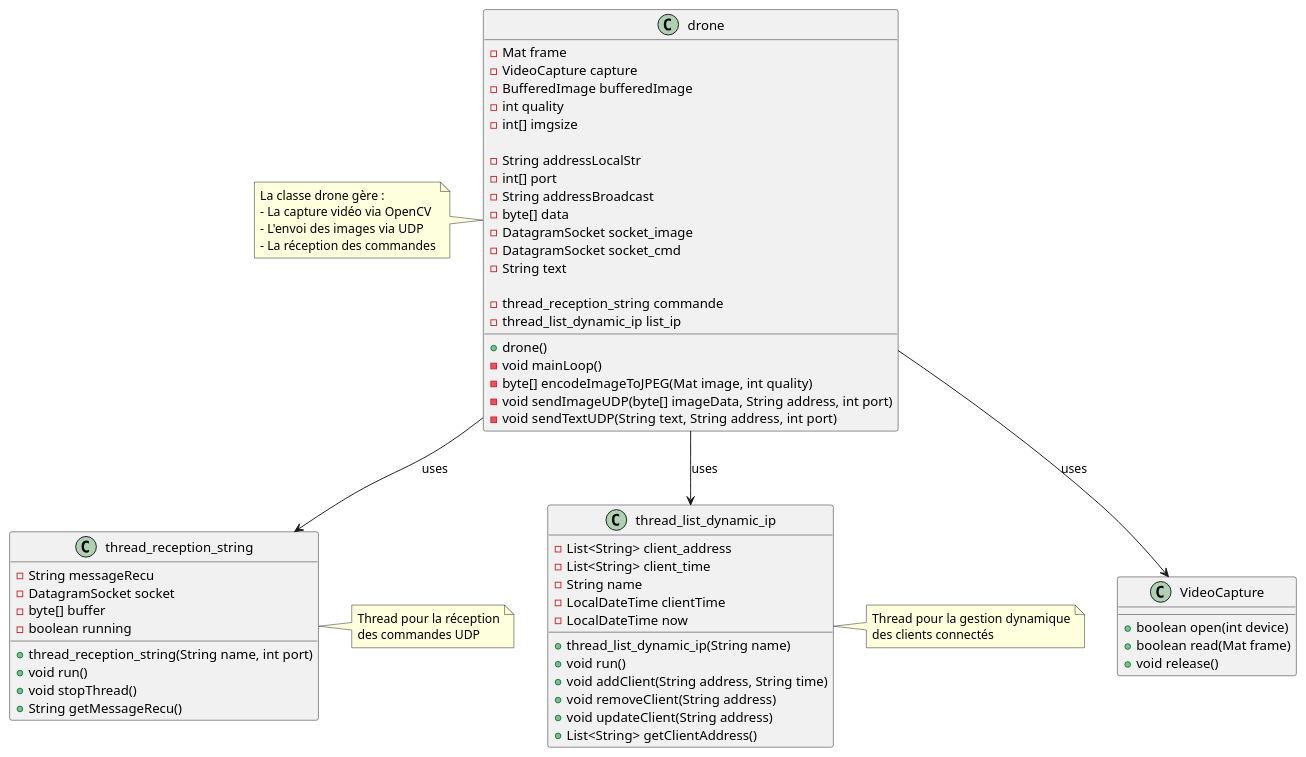
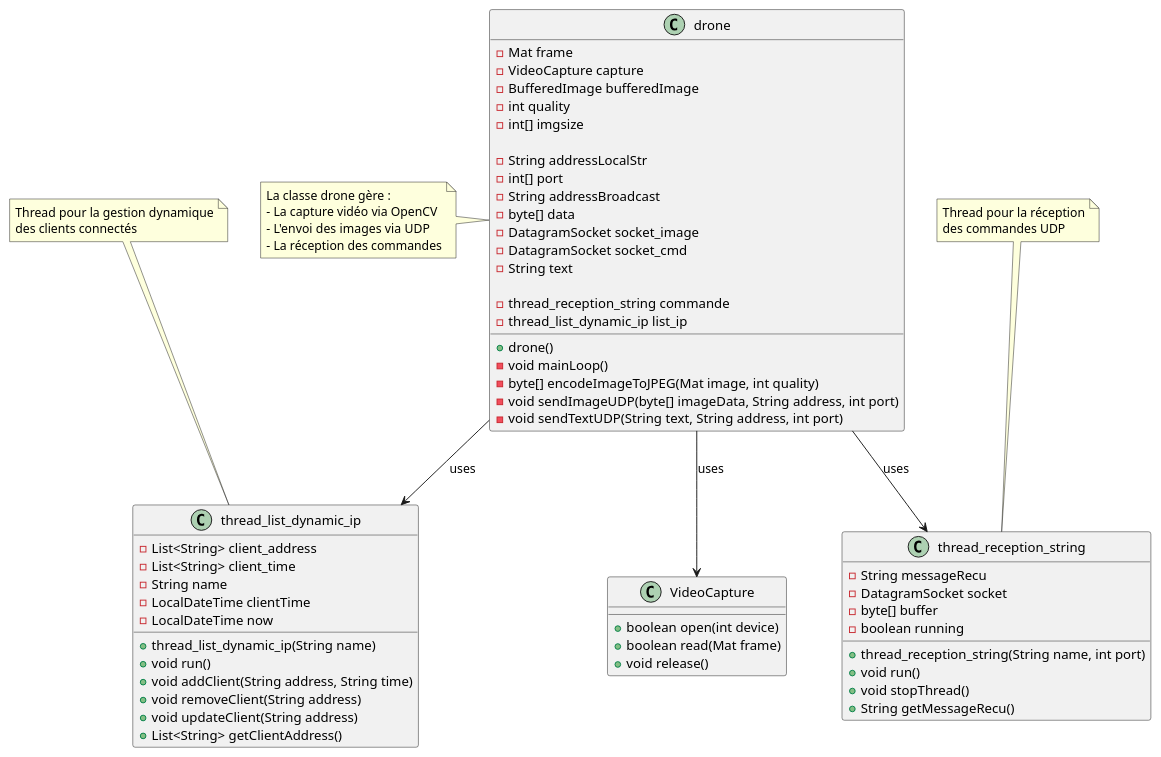
Before and after one commit to MIAOU2922/Projet_2025: the diagram in version_full_v3/drone_image_full/class_drone.plantuml, drawn with PlantUML. The commit also changed 9 other files, not shown here.

```diff
--- a/version_full_v3/drone_image_full/class_drone.plantuml
+++ b/version_full_v3/drone_image_full/class_drone.plantuml
@@ -1,87 +1,87 @@
 @startuml drone_video_class
 
 class drone {
     ' Attributs vidéo
     -Mat frame
     -VideoCapture capture
     -BufferedImage bufferedImage
     -int quality
     -int[] imgsize
     
     ' Attributs réseau
     -String addressLocalStr
     -int[] port
     -String addressBroadcast 
     -byte[] data
     -DatagramSocket socket_image
     -DatagramSocket socket_cmd
     -String text
 
     ' Threads
     -thread_reception_string commande
     -thread_list_dynamic_ip list_ip
 
     ' Méthodes 
     +drone()
     -void mainLoop()
     -byte[] encodeImageToJPEG(Mat image, int quality) 
     -void sendImageUDP(byte[] imageData, String address, int port)
     -void sendTextUDP(String text, String address, int port)
 }
 
 class thread_reception_string {
     -String messageRecu
     -DatagramSocket socket
     -byte[] buffer
     -boolean running
     
     +thread_reception_string(String name, int port)
     +void run()
     +void stopThread()
     +String getMessageRecu()
 }
 
 class thread_list_dynamic_ip {
     -List<String> client_address
     -List<String> client_time
     -String name
     -LocalDateTime clientTime
     -LocalDateTime now
     
     +thread_list_dynamic_ip(String name)
     +void run()
     +void addClient(String address, String time)
     +void removeClient(String address)
     +void updateClient(String address)
     +List<String> getClientAddress()
 }
 
 class VideoCapture {
     +boolean open(int device)
     +boolean read(Mat frame)
     +void release()
 }
 
 ' Relations
 drone --> VideoCapture : uses
 drone --> thread_reception_string : uses
 drone --> thread_list_dynamic_ip : uses
 
 note left of drone
   La classe drone gère :
   - La capture vidéo via OpenCV
   - L'envoi des images via UDP
   - La réception des commandes
 end note
 
-note right of thread_reception_string
+note top of thread_reception_string
   Thread pour la réception
   des commandes UDP
 end note
 
-note right of thread_list_dynamic_ip
+note top of thread_list_dynamic_ip
   Thread pour la gestion dynamique
   des clients connectés
 end note
 
 @enduml
```
